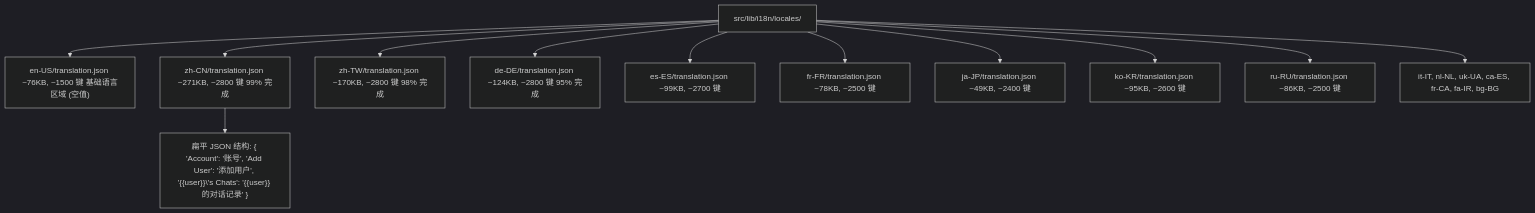
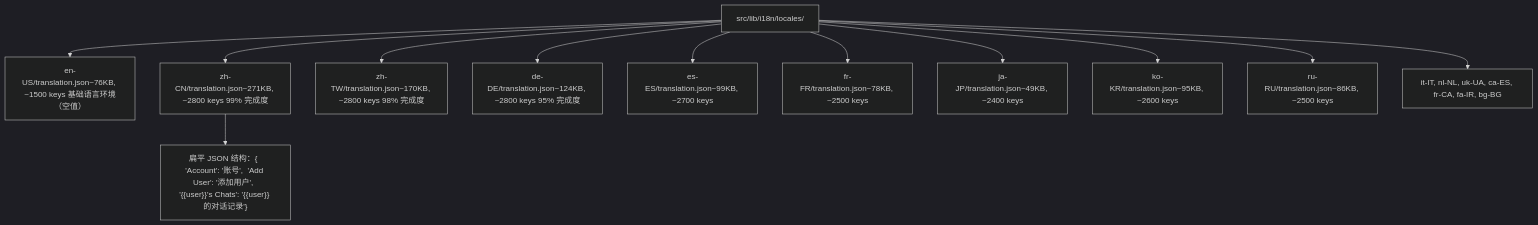
One commit to Chesszyh/Wiki changed the first of 5 diagrams in tests/open-webui_deepwiki/zh/15-internationalization.md. Above: the diagram before and after it, drawn with Mermaid (dark theme). The commit also changed other lines of this file and 234 other files, not shown here.

````diff
--- a/tests/open-webui_deepwiki/zh/15-internationalization.md
+++ b/tests/open-webui_deepwiki/zh/15-internationalization.md
@@ -52,27 +52,27 @@
 ```mermaid
 flowchart TD
     i18nRoot["src/lib/i18n/locales/"]
-    enUS["en-US/translation.json ~76KB, ~1500 键 基础语言区域 (空值)"]
-    zhCN["zh-CN/translation.json ~271KB, ~2800 键 99% 完成"]
-    zhTW["zh-TW/translation.json ~170KB, ~2800 键 98% 完成"]
-    deDE["de-DE/translation.json ~124KB, ~2800 键 95% 完成"]
-    esES["es-ES/translation.json ~99KB, ~2700 键"]
-    frFR["fr-FR/translation.json ~78KB, ~2500 键"]
-    jaJP["ja-JP/translation.json ~49KB, ~2400 键"]
-    koKR["ko-KR/translation.json ~95KB, ~2600 键"]
-    ruRU["ru-RU/translation.json ~86KB, ~2500 键"]
+    enUS["en-US/translation.json~76KB, ~1500 keys 基础语言环境（空值）"]
+    zhCN["zh-CN/translation.json~271KB, ~2800 keys 99% 完成度"]
+    zhTW["zh-TW/translation.json~170KB, ~2800 keys 98% 完成度"]
+    deDE["de-DE/translation.json~124KB, ~2800 keys 95% 完成度"]
+    esES["es-ES/translation.json~99KB, ~2700 keys"]
+    frFR["fr-FR/translation.json~78KB, ~2500 keys"]
+    jaJP["ja-JP/translation.json~49KB, ~2400 keys"]
+    koKR["ko-KR/translation.json~95KB, ~2600 keys"]
+    ruRU["ru-RU/translation.json~86KB, ~2500 keys"]
     others["it-IT, nl-NL, uk-UA, ca-ES, fr-CA, fa-IR, bg-BG"]
-    flatJSON["扁平 JSON 结构: { 'Account': '账号', 'Add User': '添加用户', '{{user}}\'s Chats': '{{user}} 的对话记录' }"]
+    flatJSON["扁平 JSON 结构：{  'Account': '账号',  'Add User': '添加用户',  '{{user}}'s Chats': '{{user}} 的对话记录'}"]
 
     i18nRoot --> enUS
     i18nRoot --> zhCN
     i18nRoot --> zhTW
     i18nRoot --> deDE
     i18nRoot --> esES
     i18nRoot --> frFR
     i18nRoot --> jaJP
     i18nRoot --> koKR
     i18nRoot --> ruRU
     i18nRoot --> others
     zhCN --> flatJSON
 ```
````
